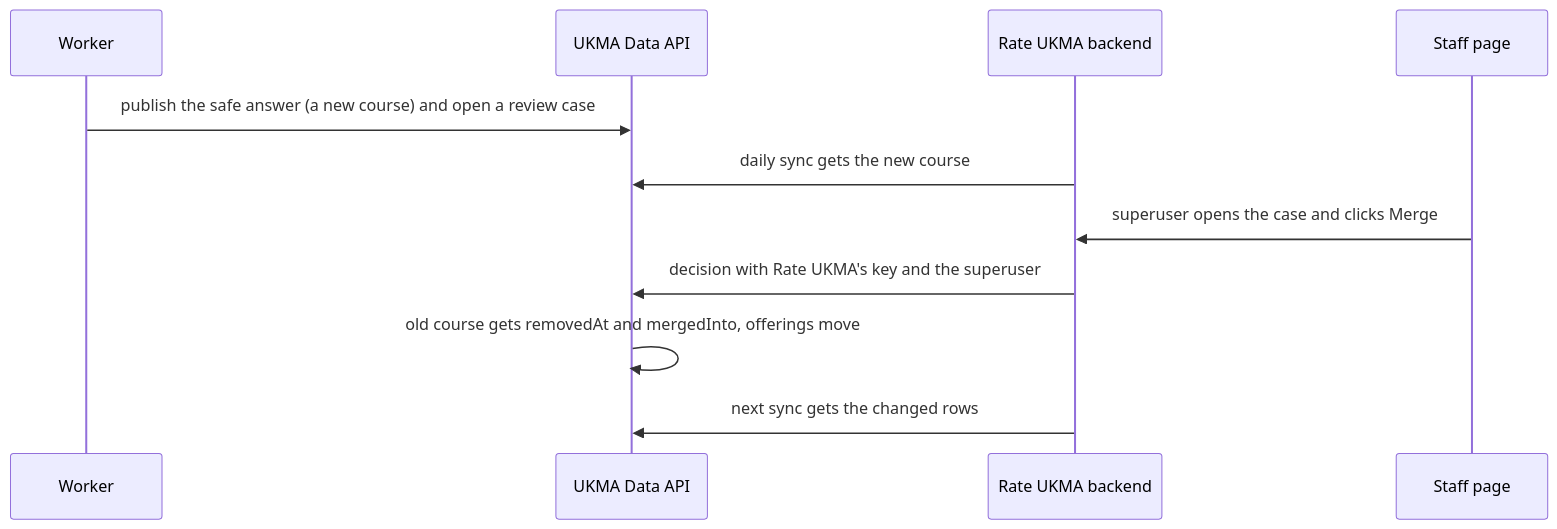
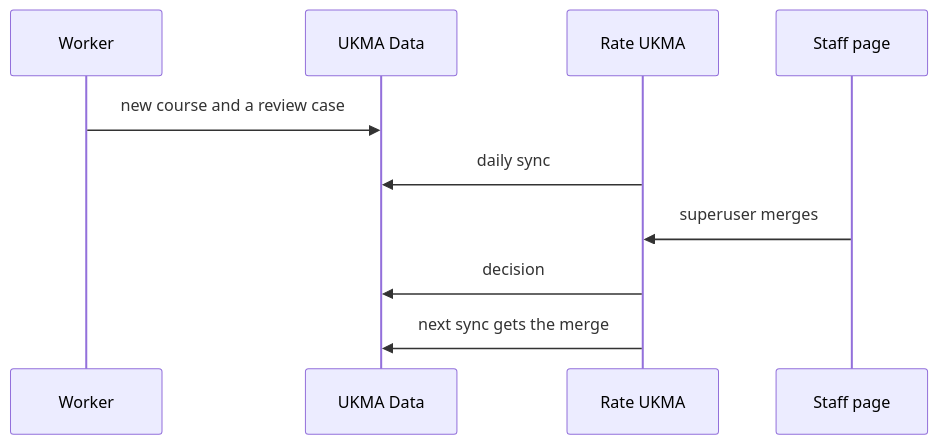
The second of 2 diagrams in docs/parser-service/spec.md (ukma-cs-ssdm-2025/rate-ukma), drawn with Mermaid before and after one commit. The commit also changed other lines of this file, not shown here.

Commit message:
docs(#704): simpler overview and review case diagrams

````diff
--- a/docs/parser-service/spec.md
+++ b/docs/parser-service/spec.md
@@ -30,13 +27,12 @@
 ```mermaid
 sequenceDiagram
   participant W as Worker
-  participant A as UKMA Data API
-  participant R as Rate UKMA backend
+  participant A as UKMA Data
+  participant R as Rate UKMA
   participant S as Staff page
-  W->>A: publish the safe answer (a new course) and open a review case
-  R->>A: daily sync gets the new course
-  S->>R: superuser opens the case and clicks Merge
-  R->>A: decision with Rate UKMA's key and the superuser
-  A->>A: old course gets removedAt and mergedInto, offerings move
-  R->>A: next sync gets the changed rows
+  W->>A: new course and a review case
+  R->>A: daily sync
+  S->>R: superuser merges
+  R->>A: decision
+  R->>A: next sync gets the merge
 ```
````
